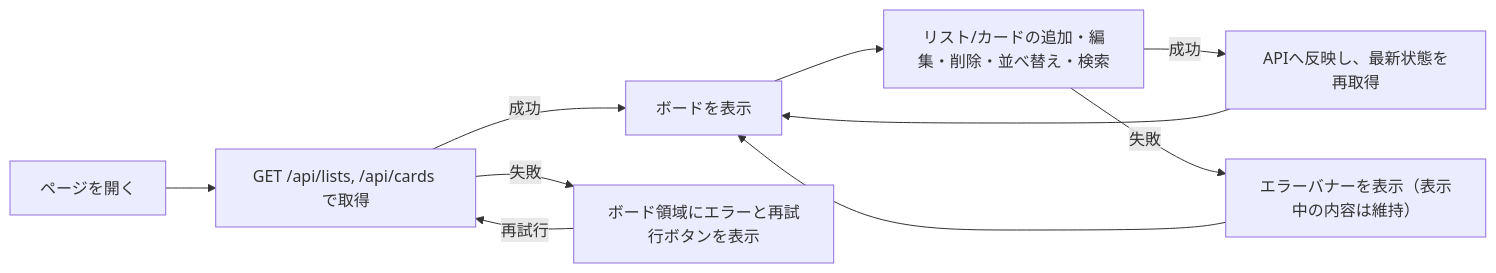
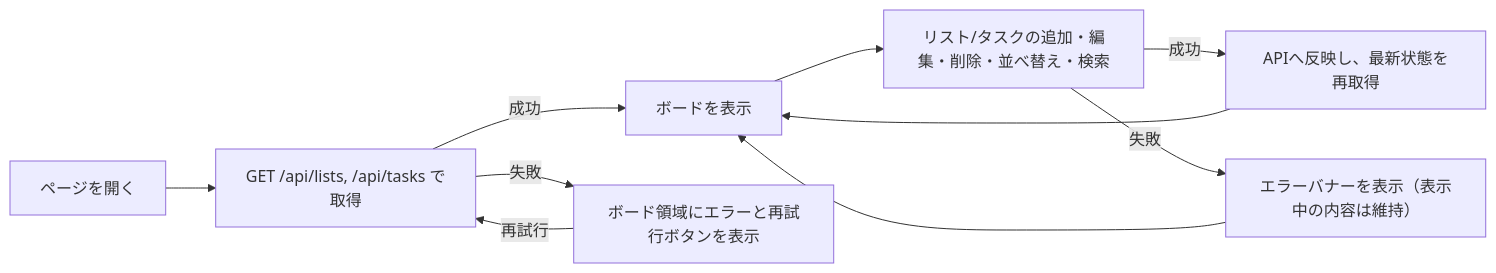
Before and after one commit to masatsumaple-creator/task-management: the diagram in docs/requirements/screens.md, drawn with Mermaid. The commit also changed other lines of this file and 42 other files, not shown here.

First line of the commit message:
Rename cards table/entity/API to tasks across backend, frontend, and docs

````diff
--- a/docs/requirements/screens.md
+++ b/docs/requirements/screens.md
@@ -45,12 +45,12 @@
 ```mermaid
 flowchart LR
-  A[ページを開く] --> B[GET /api/lists, /api/cards で取得]
+  A[ページを開く] --> B[GET /api/lists, /api/tasks で取得]
   B -- 成功 --> C[ボードを表示]
   B -- 失敗 --> D[ボード領域にエラーと再試行ボタンを表示]
   D -- 再試行 --> B
-  C --> E[リスト/カードの追加・編集・削除・並べ替え・検索]
+  C --> E[リスト/タスクの追加・編集・削除・並べ替え・検索]
   E -- 成功 --> F[APIへ反映し、最新状態を再取得]
   E -- 失敗 --> G[エラーバナーを表示（表示中の内容は維持）]
   F --> C
   G --> C
 ```
````
